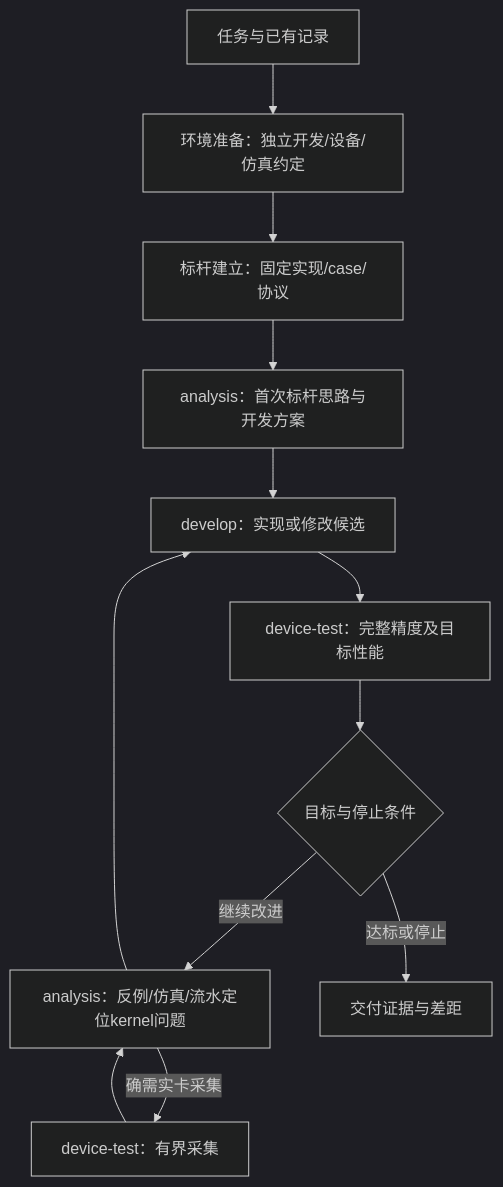
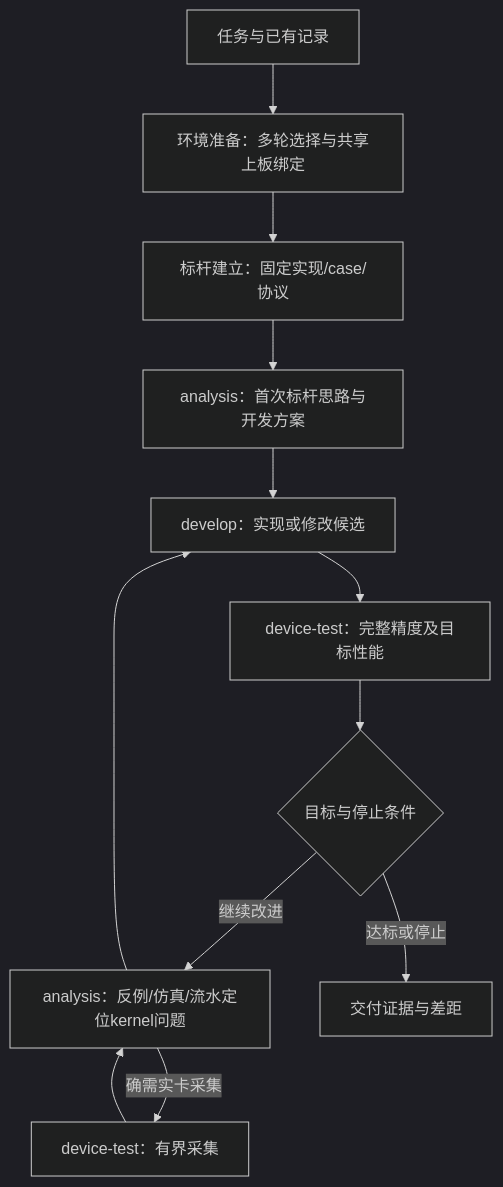
The diagram in docs/nodes/design.md (tile-ai/tilelang-mlir-ascend), drawn with Mermaid (dark theme) before and after one commit. The commit also changed other lines of this file and 15 other files, not shown here.

````diff
--- a/docs/nodes/design.md
+++ b/docs/nodes/design.md
@@ -21,14 +21,14 @@
 ```mermaid
 flowchart TD
-    R[任务与已有记录] --> E[环境准备：独立开发/设备/仿真约定]
+    R[任务与已有记录] --> E[环境准备：多轮选择与共享上板绑定]
     E --> B[标杆建立：固定实现/case/协议]
     B --> A[analysis：首次标杆思路与开发方案]
     A --> D[develop：实现或修改候选]
     D --> T[device-test：完整精度及目标性能]
     T --> C{目标与停止条件}
     C -->|继续改进| X[analysis：反例/仿真/流水定位kernel问题]
     X --> D
     C -->|达标或停止| O[交付证据与差距]
     X -->|确需实卡采集| P[device-test：有界采集]
     P --> X
 ```
````
